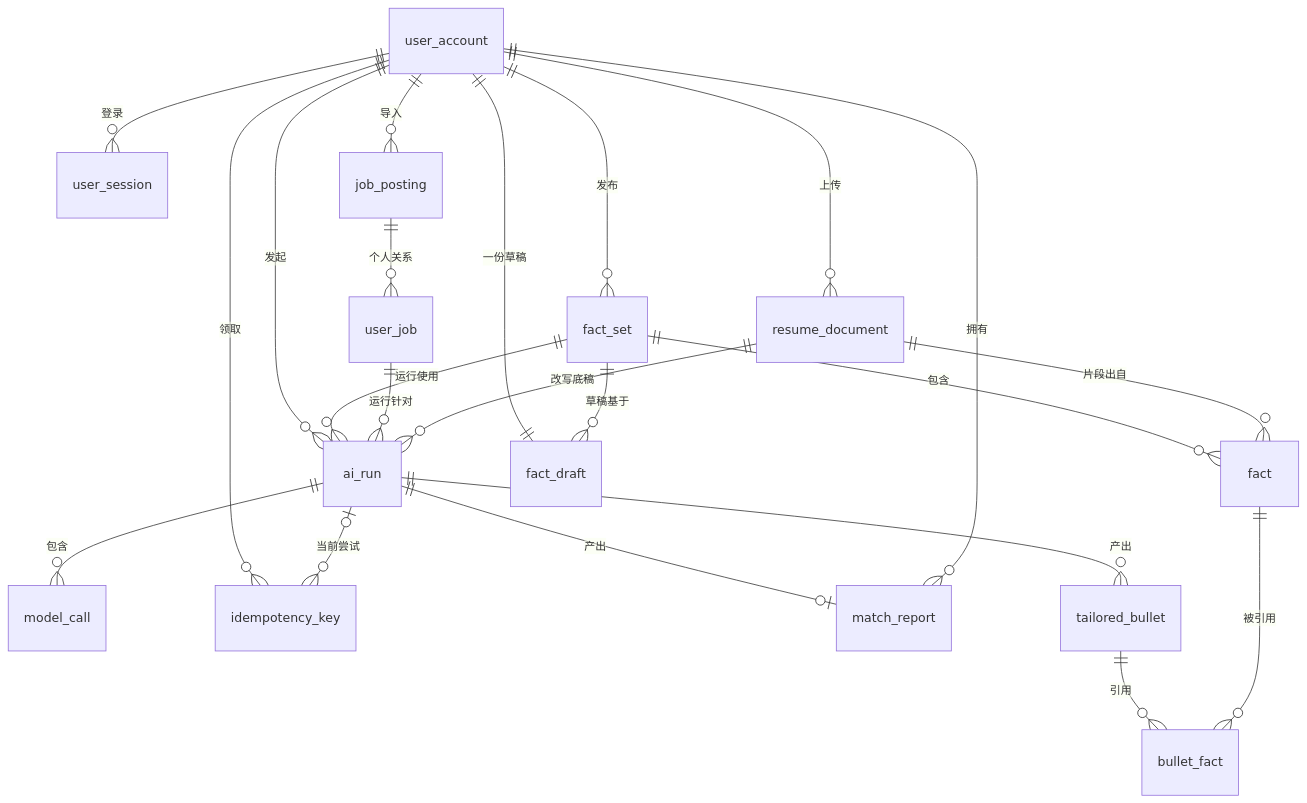
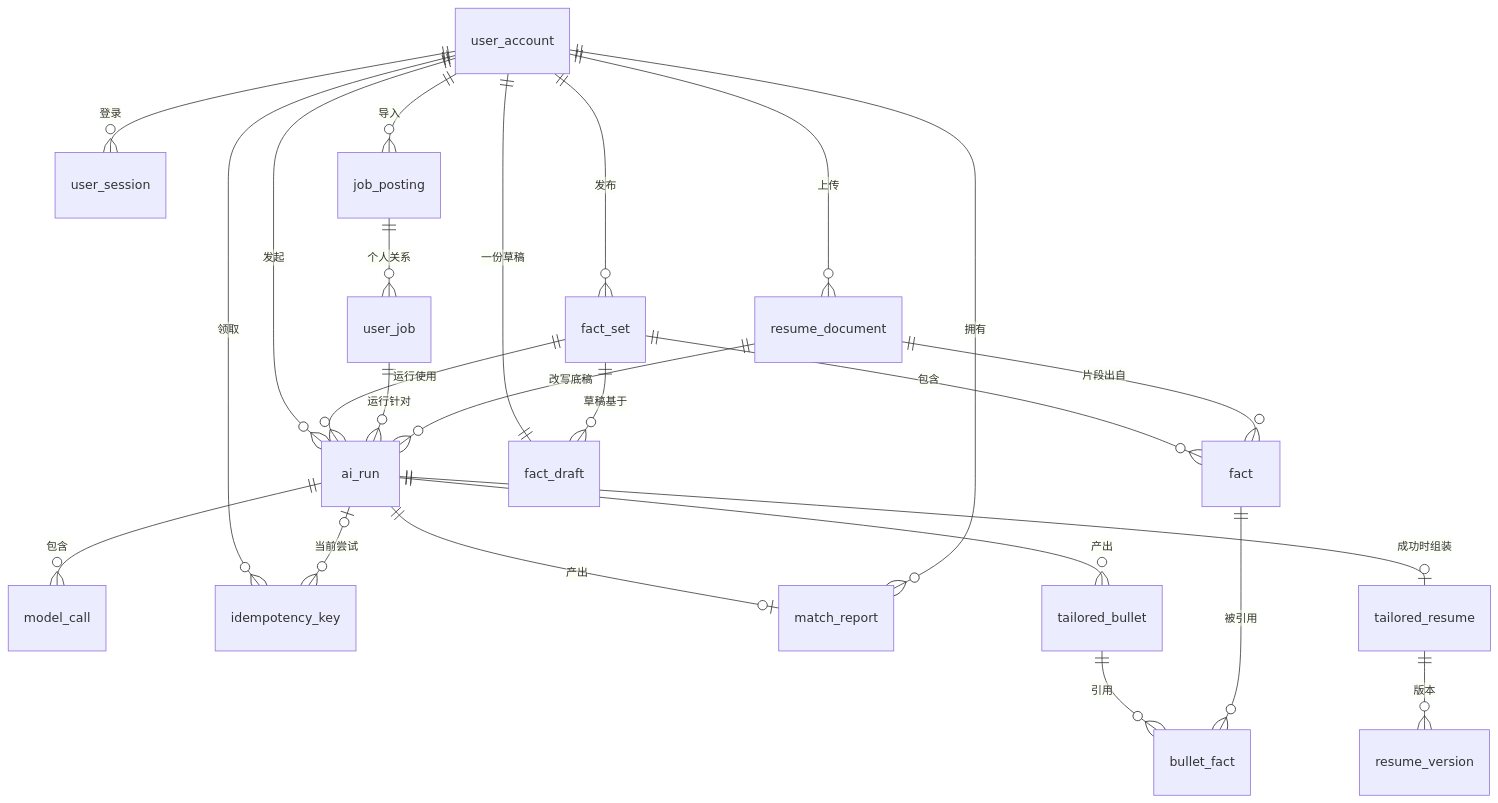
Before and after one commit to Galilieo/jobpilot: the diagram in notes/求职助手Agent/数据库设计.md, drawn with Mermaid. The commit also changed other lines of this file and 1 other file, not shown here.

Commit message:
docs: 记录 T2.5 第一步与 tailored_resume、resume_version 两张表

````diff
--- a/notes/求职助手Agent/数据库设计.md
+++ b/notes/求职助手Agent/数据库设计.md
@@ -18,24 +18,26 @@
 ```mermaid
 erDiagram
     user_account ||--o{ user_session : "登录"
     user_account ||--o{ ai_run : "发起"
     ai_run ||--o{ model_call : "包含"
     user_account ||--o{ idempotency_key : "领取"
     ai_run o|--o{ idempotency_key : "当前尝试"
     ai_run ||--o| match_report : "产出"
     user_account ||--o{ match_report : "拥有"
     user_account ||--o{ resume_document : "上传"
     user_account ||--o{ fact_set : "发布"
     fact_set ||--o{ fact : "包含"
     resume_document ||--o{ fact : "片段出自"
     user_account ||--|| fact_draft : "一份草稿"
     fact_set ||--o{ fact_draft : "草稿基于"
     fact_set ||--o{ ai_run : "运行使用"
     user_account ||--o{ job_posting : "导入"
     job_posting ||--o{ user_job : "个人关系"
     user_job ||--o{ ai_run : "运行针对"
     resume_document ||--o{ ai_run : "改写底稿"
     ai_run ||--o{ tailored_bullet : "产出"
     tailored_bullet ||--o{ bullet_fact : "引用"
     fact ||--o{ bullet_fact : "被引用"
+    ai_run ||--o| tailored_resume : "成功时组装"
+    tailored_resume ||--o{ resume_version : "版本"
 ```
````
